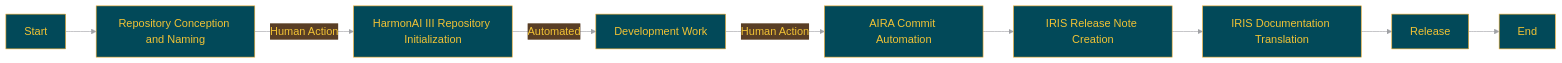
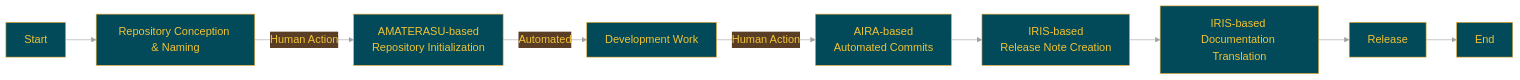
Before and after one commit to Sunwood-ai-labs/AMATERASU: the diagram in docs/README.en.md, drawn with Mermaid. The commit also changed other lines of this file, not shown here.

````diff
--- a/docs/README.en.md
+++ b/docs/README.en.md
@@ -187,20 +185,20 @@
 ```mermaid
 %%{init:{'theme':'base','themeVariables':{'primaryColor':'#024959','primaryTextColor':'#F2C335','primaryBorderColor':'#F2AE30','lineColor':'#A1A2A6','secondaryColor':'#593E25','tertiaryColor':'#F2C335','noteTextColor':'#024959','noteBkgColor':'#F2C335','textColor':'#024959','fontSize':'18px'}}}%%
 
 graph LR
-    A[Start] --> B[Repository Conception and Naming]
-    B -->|Human Action| C[HarmonAI III Repository Initialization]
+    A[Start] --> B[Repository Conception & Naming]
+    B -->|Human Action| C[AMATERASU-based <br>Repository Initialization]
     C -->|Automated| D[Development Work]
-    D -->|Human Action| E[AIRA Commit Automation]
-    E --> H[IRIS Release Note Creation]
-    H --> I[IRIS Documentation Translation]
+    D -->|Human Action| E[AIRA-based <br>Automated Commits]
+    E --> H[IRIS-based <br>Release Note Creation]
+    H --> I[IRIS-based <br>Documentation Translation]
     I --> J[Release]
     J --> K[End]
 
     class B,D,G human;
     class E aira;
     class F,H,I iris;
     class C auto;
     class A,J,K process;
 
 ```
````
